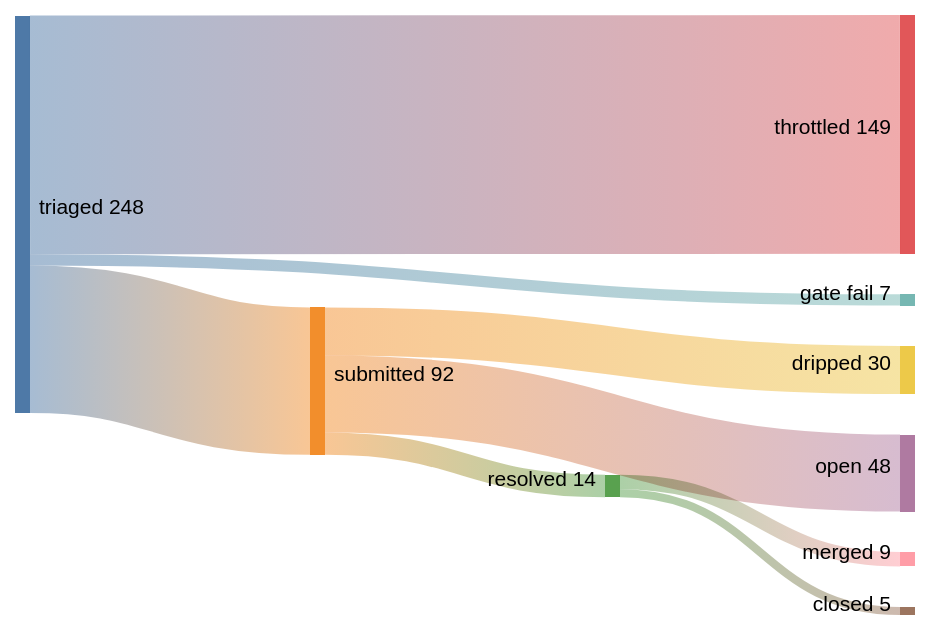
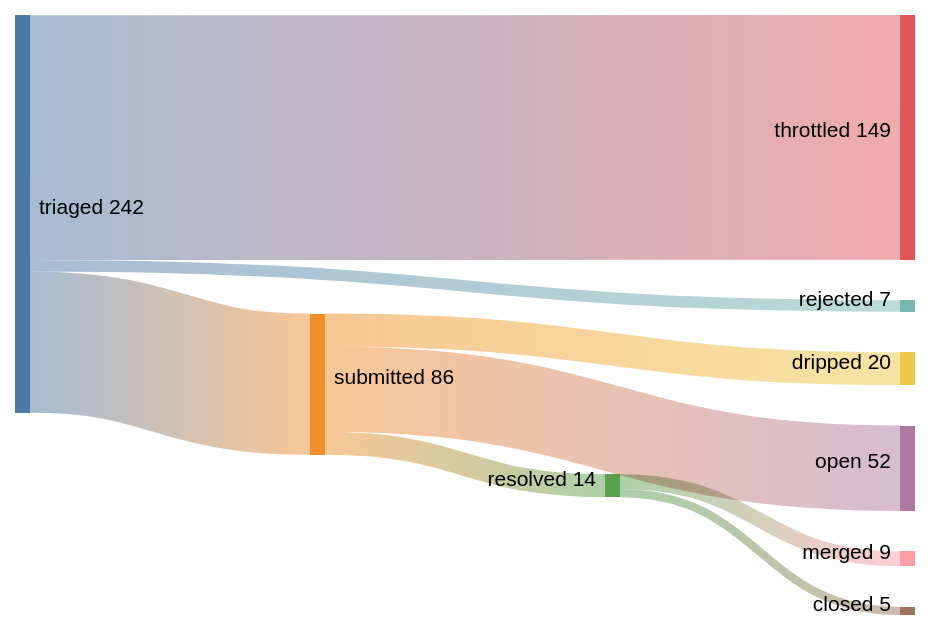
Before and after one commit to kimjune01/kimjune01: the diagram in README.md, drawn with Mermaid (forest theme). The commit also changed other lines of this file, not shown here.

Commit message:
stats: 9/14 = 64% (01:37 UTC)

````diff
--- a/README.md
+++ b/README.md
@@ -3,11 +3,11 @@
 ```mermaid
 sankey-beta
-    triaged,    submitted,  92
-    triaged,    throttled,  149
-    triaged,    gate fail,  7
-    submitted,  resolved,   14
-    submitted,  dripped,    30
-    submitted,  open,       48
-    resolved,   merged,     9
-    resolved,   closed,     5
+    triaged,    submitted, 86
+    triaged,    throttled, 149
+    triaged,    rejected,  7
+    submitted,  resolved,  14
+    submitted,  dripped,   20
+    submitted,  open,      52
+    resolved,   merged,    9
+    resolved,   closed,    5
 ```
````
